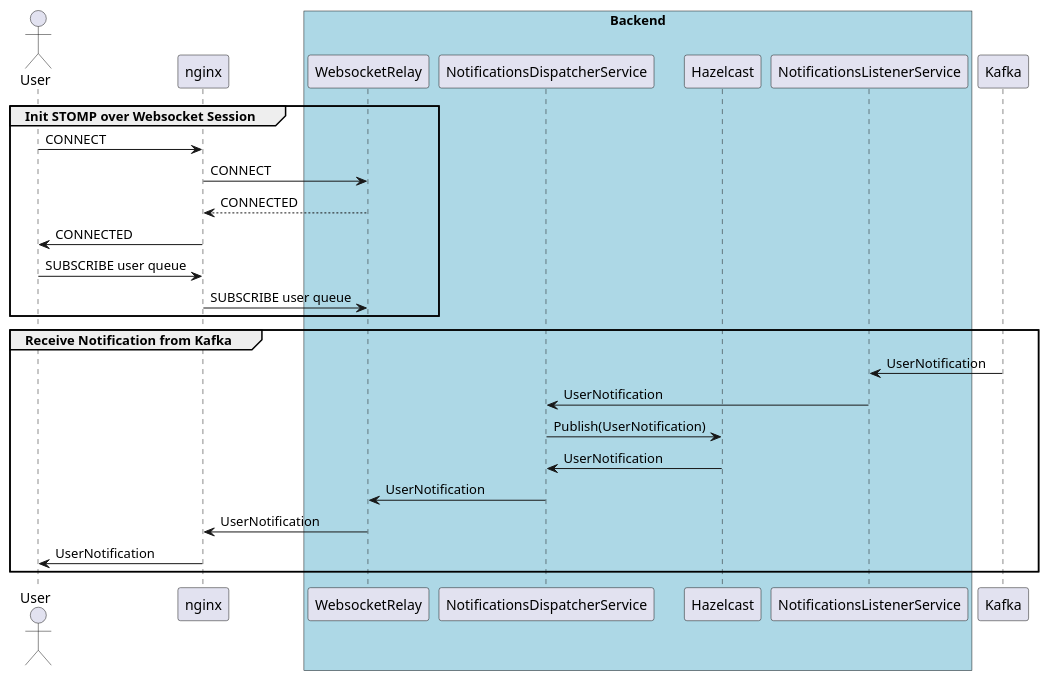
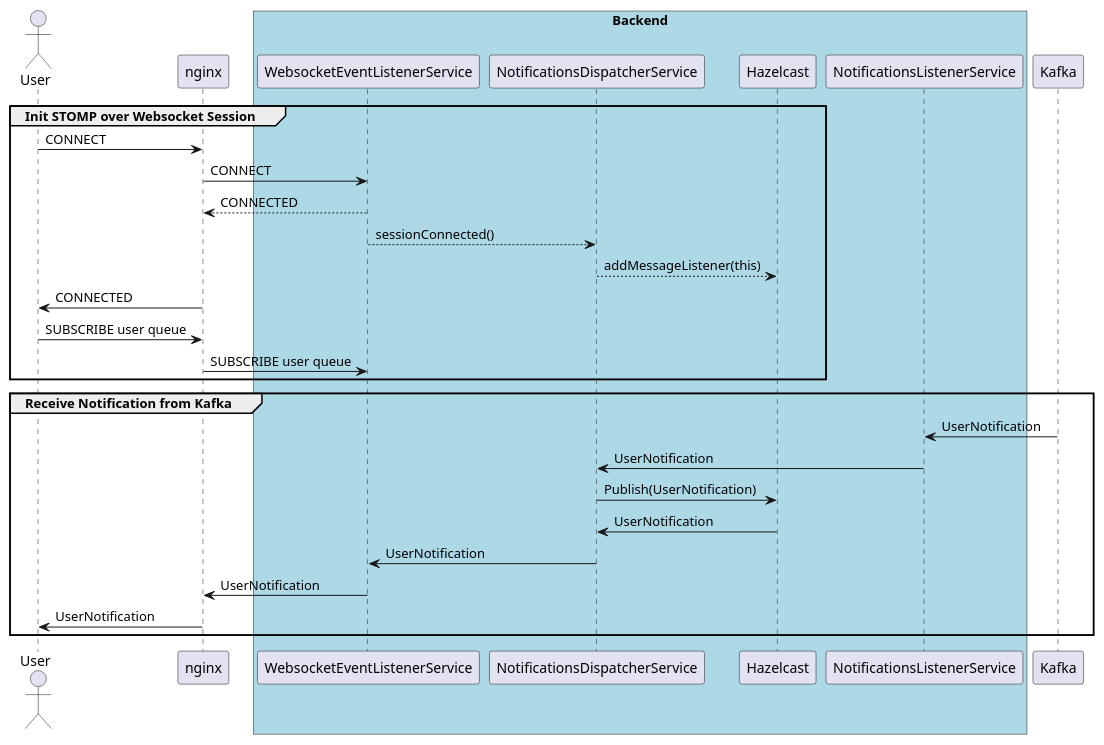
Before and after one commit to hey-johnnypark/example-scale-event-stream-backends: the diagram in assets/web-async-sequence-diagram.puml, drawn with PlantUML. The commit also changed 1 other file, not shown here.

Commit message:
Updates sequence diagram

```diff
--- a/assets/web-async-sequence-diagram.puml
+++ b/assets/web-async-sequence-diagram.puml
@@ -1,36 +1,38 @@
 @startuml
 
 actor User
 
 group Init STOMP over Websocket Session
 
 User -> nginx: CONNECT
-nginx -> WebsocketRelay: CONNECT
-WebsocketRelay --> nginx: CONNECTED
+nginx -> WebsocketEventListenerService: CONNECT
+WebsocketEventListenerService --> nginx: CONNECTED
+WebsocketEventListenerService --> NotificationsDispatcherService: sessionConnected()
+NotificationsDispatcherService --> Hazelcast: addMessageListener(this)
 nginx -> User: CONNECTED
 User -> nginx: SUBSCRIBE user queue
-nginx -> WebsocketRelay: SUBSCRIBE user queue
+nginx -> WebsocketEventListenerService: SUBSCRIBE user queue
 
 end
 
 box "Backend" #LightBlue
-	participant WebsocketRelay
+	participant WebsocketEventListenerService
 	participant NotificationsDispatcherService
 	participant Hazelcast
   participant NotificationsListenerService
 end box
 
 group Receive Notification from Kafka
 
 Kafka -> NotificationsListenerService: UserNotification
 NotificationsListenerService -> NotificationsDispatcherService: UserNotification
 NotificationsDispatcherService -> Hazelcast: Publish(UserNotification)
 Hazelcast -> NotificationsDispatcherService: UserNotification
-NotificationsDispatcherService -> WebsocketRelay: UserNotification
-WebsocketRelay -> nginx: UserNotification
+NotificationsDispatcherService -> WebsocketEventListenerService: UserNotification
+WebsocketEventListenerService -> nginx: UserNotification
 nginx -> User: UserNotification
 
 end
 
 
 @enduml
```
